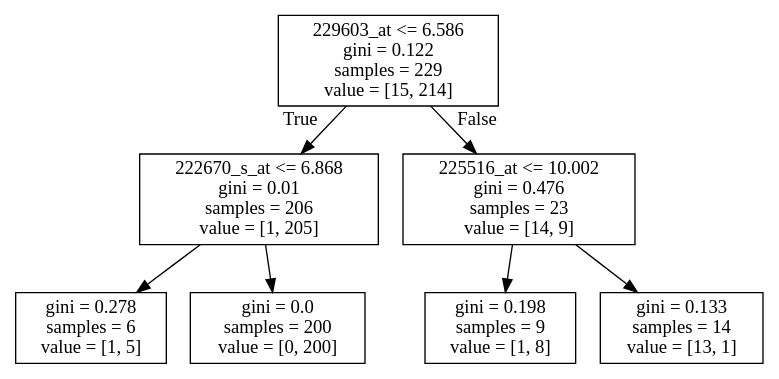
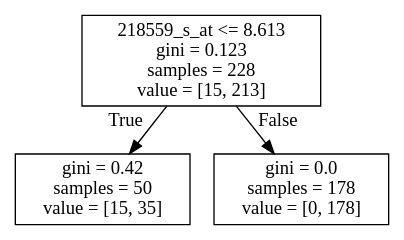
The diagram in GSE9891/GSE9891_classification/LMP_PSO_DT_4.dot (YichaoOU/Ovarian_cancer_project), drawn with Graphviz before and after one commit. The commit also changed 17 other files, not shown here.

```diff
--- a/GSE9891/GSE9891_classification/LMP_PSO_DT_4.dot
+++ b/GSE9891/GSE9891_classification/LMP_PSO_DT_4.dot
@@ -1,16 +1,8 @@
 digraph Tree {
 node [shape=box] ;
-0 [label="229603_at <= 6.586\ngini = 0.122\nsamples = 229\nvalue = [15, 214]"] ;
-1 [label="222670_s_at <= 6.868\ngini = 0.01\nsamples = 206\nvalue = [1, 205]"] ;
+0 [label="218559_s_at <= 8.613\ngini = 0.123\nsamples = 228\nvalue = [15, 213]"] ;
+1 [label="gini = 0.42\nsamples = 50\nvalue = [15, 35]"] ;
 0 -> 1 [labeldistance=2.5, labelangle=45, headlabel="True"] ;
-2 [label="gini = 0.278\nsamples = 6\nvalue = [1, 5]"] ;
-1 -> 2 ;
-3 [label="gini = 0.0\nsamples = 200\nvalue = [0, 200]"] ;
-1 -> 3 ;
-4 [label="225516_at <= 10.002\ngini = 0.476\nsamples = 23\nvalue = [14, 9]"] ;
-0 -> 4 [labeldistance=2.5, labelangle=-45, headlabel="False"] ;
-5 [label="gini = 0.198\nsamples = 9\nvalue = [1, 8]"] ;
-4 -> 5 ;
-6 [label="gini = 0.133\nsamples = 14\nvalue = [13, 1]"] ;
-4 -> 6 ;
+2 [label="gini = 0.0\nsamples = 178\nvalue = [0, 178]"] ;
+0 -> 2 [labeldistance=2.5, labelangle=-45, headlabel="False"] ;
 }
```
